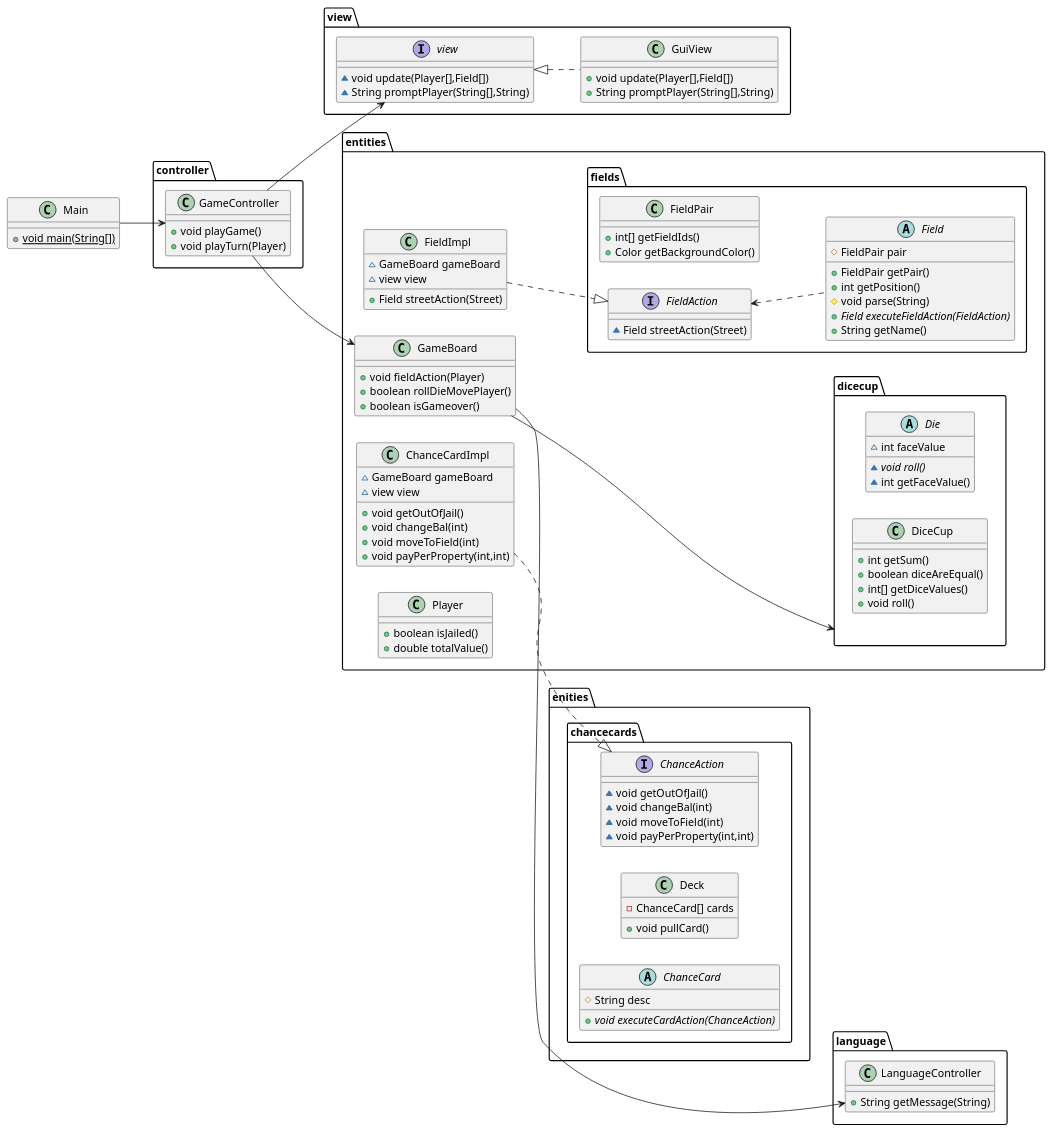
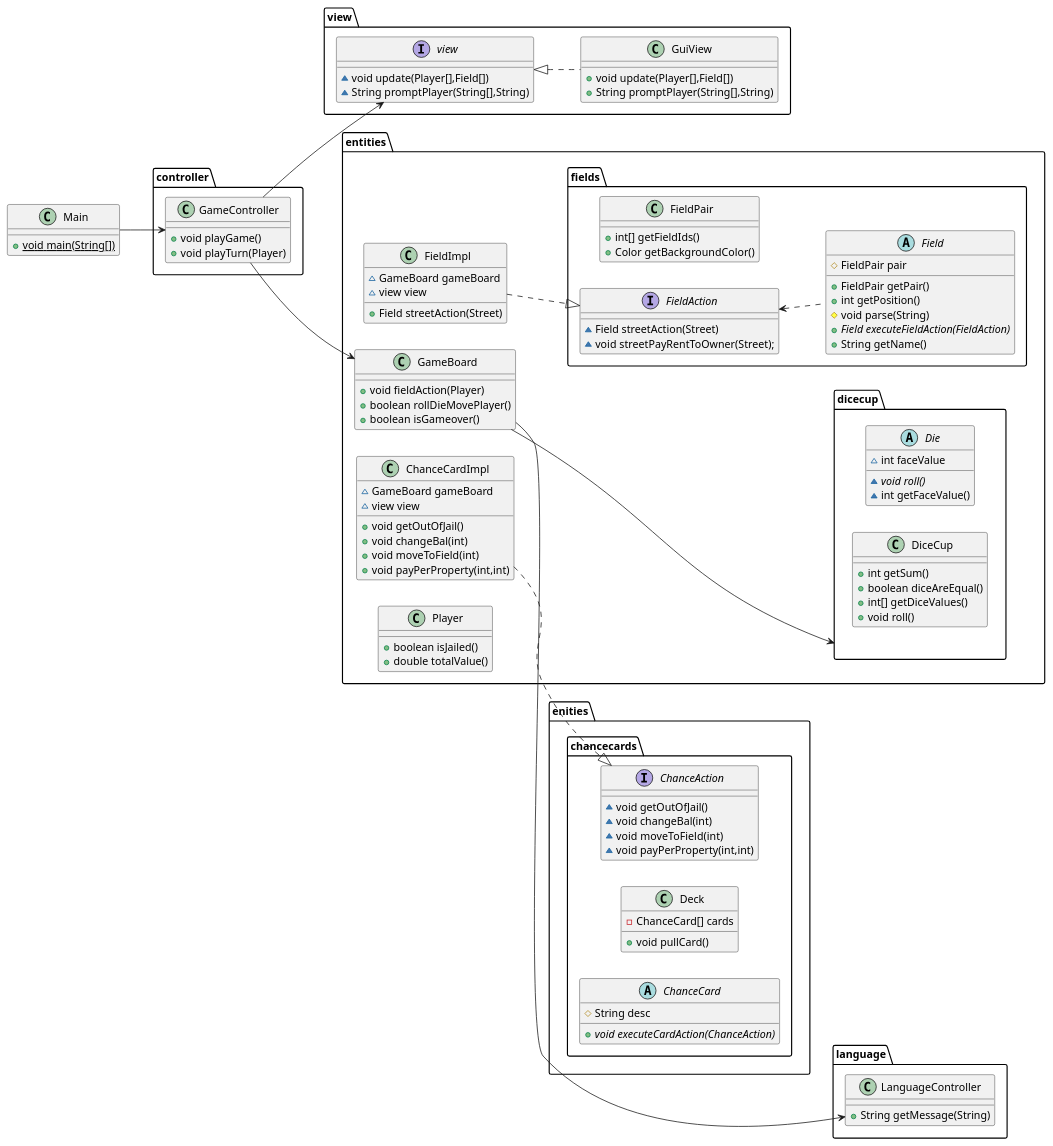
The diagram in ClassDiagram2.puml (xdTobs/_22_del3), drawn with PlantUML before and after one commit. The commit also changed 2 other files, not shown here.

```diff
--- a/ClassDiagram2.puml
+++ b/ClassDiagram2.puml
@@ -1,125 +1,126 @@
 @startuml
 left to right direction
 
 interface view.view {
 ~ void update(Player[],Field[])
 ~ String promptPlayer(String[],String)
 }
 
 
 interface enities.chancecards.ChanceAction {
 ~ void getOutOfJail()
 ~ void changeBal(int)
 ~ void moveToField(int)
 ~ void payPerProperty(int,int)
 }
 class entities.GameBoard {
 + void fieldAction(Player)
 + boolean rollDieMovePlayer()
 + boolean isGameover()
 }
 class entities.Player {
 
 
 
 
 
 
 
 + boolean isJailed()
 + double totalValue()
 }
 
 
 
 
 class enities.chancecards.Deck {
 -ChanceCard[] cards
 + void pullCard()
 }
 
 class entities.ChanceCardImpl {
 ~ GameBoard gameBoard
 ~ view view
 + void getOutOfJail()
 + void changeBal(int)
 + void moveToField(int)
 + void payPerProperty(int,int)
 }
 
 abstract class entities.fields.Field {
 
 
 # FieldPair pair
 + FieldPair getPair()
 + int getPosition()
 # void parse(String)
 + {abstract}Field executeFieldAction(FieldAction)
 + String getName()
 }
 class language.LanguageController {
 + String getMessage(String)
 }
 class entities.fields.FieldPair {
 + int[] getFieldIds()
 + Color getBackgroundColor()
 }
 abstract class entities.dicecup.Die {
 ~ int faceValue
 ~ {abstract}void roll()
 ~ int getFaceValue()
 }
 
 
 class entities.dicecup.DiceCup {
 + int getSum()
 + boolean diceAreEqual()
 + int[] getDiceValues()
 + void roll()
 }
 class controller.GameController {
 + void playGame()
 + void playTurn(Player)
 }
 
 
 
 class view.GuiView {
 + void update(Player[],Field[])
 + String promptPlayer(String[],String)
 }
 
 
 
 abstract class enities.chancecards.ChanceCard {
 # String desc
 + {abstract}void executeCardAction(ChanceAction)
 }
 class entities.FieldImpl {
 ~ GameBoard gameBoard
 ~ view view
 + Field streetAction(Street)
 }
 class Main {
 + {static} void main(String[])
 }
 
 interface entities.fields.FieldAction {
 ~ Field streetAction(Street)
+~ void streetPayRentToOwner(Street);
 }
 
 
 
 
 
 enities.chancecards.ChanceAction <|.up. entities.ChanceCardImpl
 entities.fields.FieldAction <|.up. entities.FieldImpl
 view.view <|.. view.GuiView
 controller.GameController --> view.view
 controller.GameController --> entities.GameBoard
 entities.GameBoard -down-->entities.dicecup
 Main -->controller.GameController
 entities.GameBoard --->language.LanguageController
 entities.fields.FieldAction<..entities.fields.Field
 
 @enduml
```
